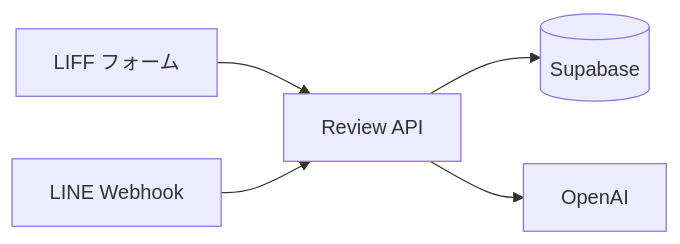
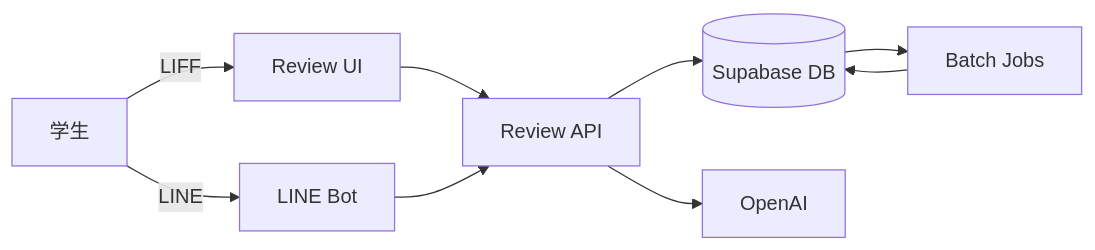
Before and after one commit to lego0509/campus-ai: the diagram in wiki/01-概要.md, drawn with Mermaid. The commit also changed other lines of this file and 36 other files, not shown here.

````diff
--- a/wiki/01-概要.md
+++ b/wiki/01-概要.md
@@ -14,7 +42,11 @@
 ```mermaid
 flowchart LR
-  LIFF[LIFF フォーム] --> Review[Review API]
-  Line[LINE Webhook] --> Review
-  Review --> Supabase[(Supabase)]
-  Review --> OpenAI[OpenAI]
+  User[学生] -->|LIFF| ReviewUI[Review UI]
+  User -->|LINE| LineBot[LINE Bot]
+  ReviewUI --> ReviewAPI[Review API]
+  LineBot --> ReviewAPI
+  ReviewAPI --> Supabase[(Supabase DB)]
+  ReviewAPI --> OpenAI[OpenAI]
+  Supabase --> Batch[Batch Jobs]
+  Batch --> Supabase
 ```
````
